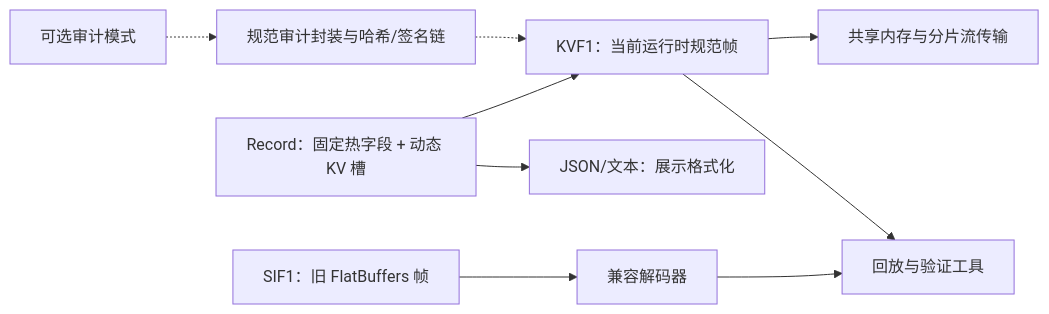
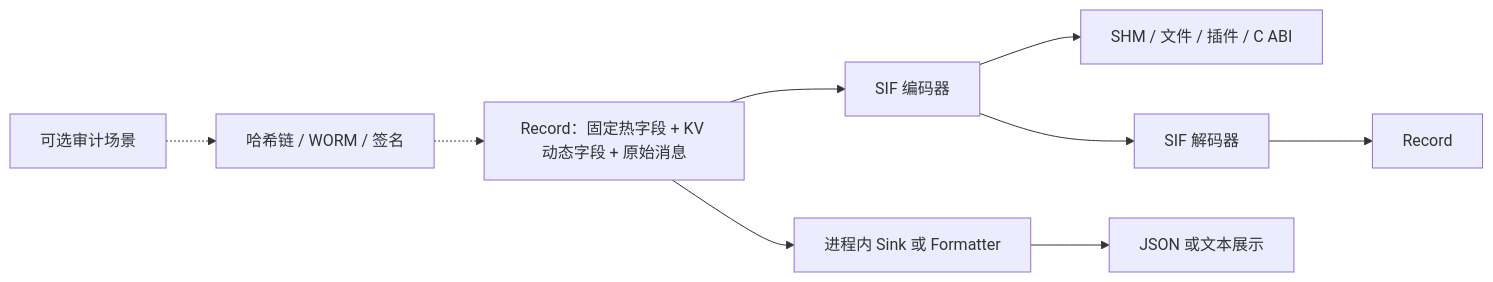
Before and after one commit to nekolio/DoLogger: the diagram in docs/zh_CN/guides/KvWireAndSifMigration.md, drawn with Mermaid. The commit also changed other lines of this file and 40 other files, not shown here.

````diff
--- a/docs/zh_CN/guides/KvWireAndSifMigration.md
+++ b/docs/zh_CN/guides/KvWireAndSifMigration.md
@@ -20,12 +26,12 @@
 ```mermaid
 flowchart LR
-    R[Record：固定热字段 + 动态 KV 槽]
-    R --> K[KVF1：当前运行时规范帧]
-    R --> J[JSON/文本：展示格式化]
-    S[SIF1：旧 FlatBuffers 帧] --> C[兼容解码器]
-    K --> SHM[共享内存与分片流传输]
-    C --> CLI[回放与验证工具]
-    K --> CLI
-    E[可选审计模式] -.-> A[规范审计封装与哈希/签名链]
-    A -.-> K
+    R[Record：固定热字段 + KV 动态字段 + 原始消息]
+    R --> S[SIF 编码器]
+    S --> H[SHM / 文件 / 插件 / C ABI]
+    R --> P[进程内 Sink 或 Formatter]
+    P --> J[JSON 或文本展示]
+    S --> D[SIF 解码器]
+    D --> R2[Record]
+    A[可选审计场景] -.-> X[哈希链 / WORM / 签名]
+    X -.-> R
 ```
````
